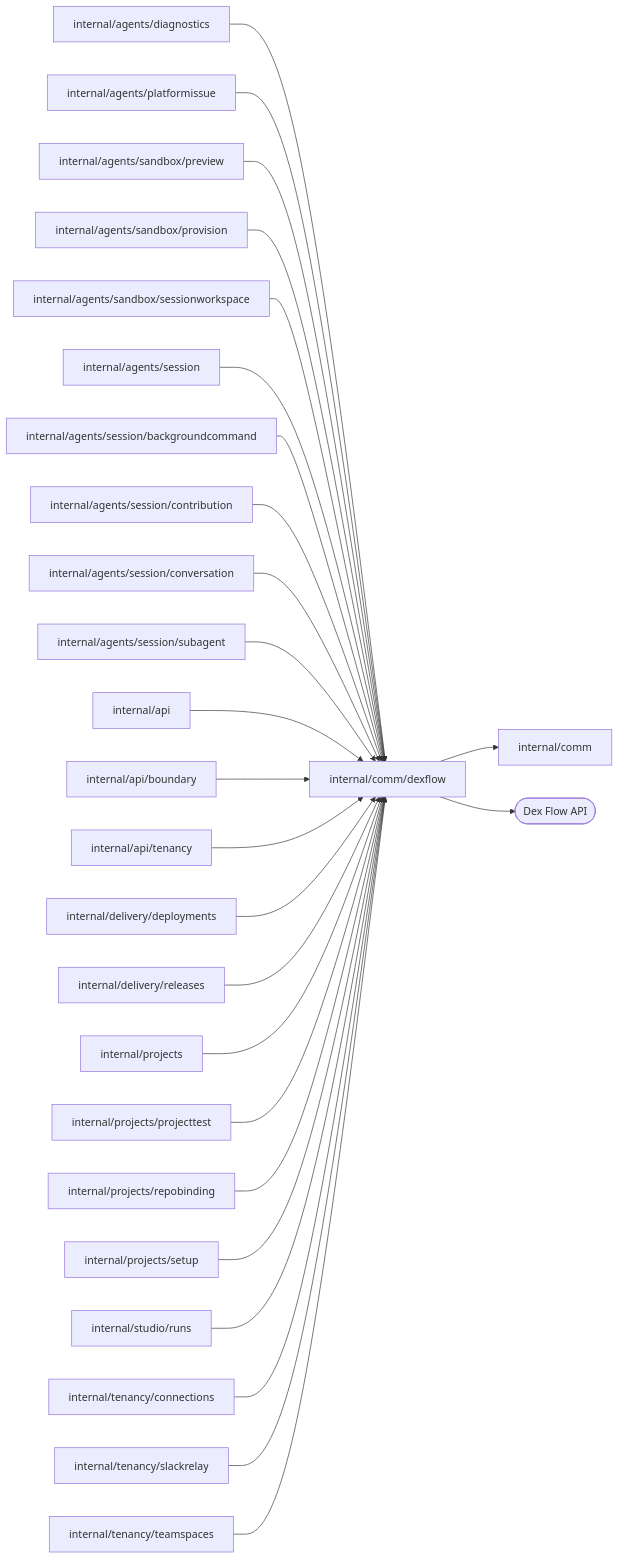
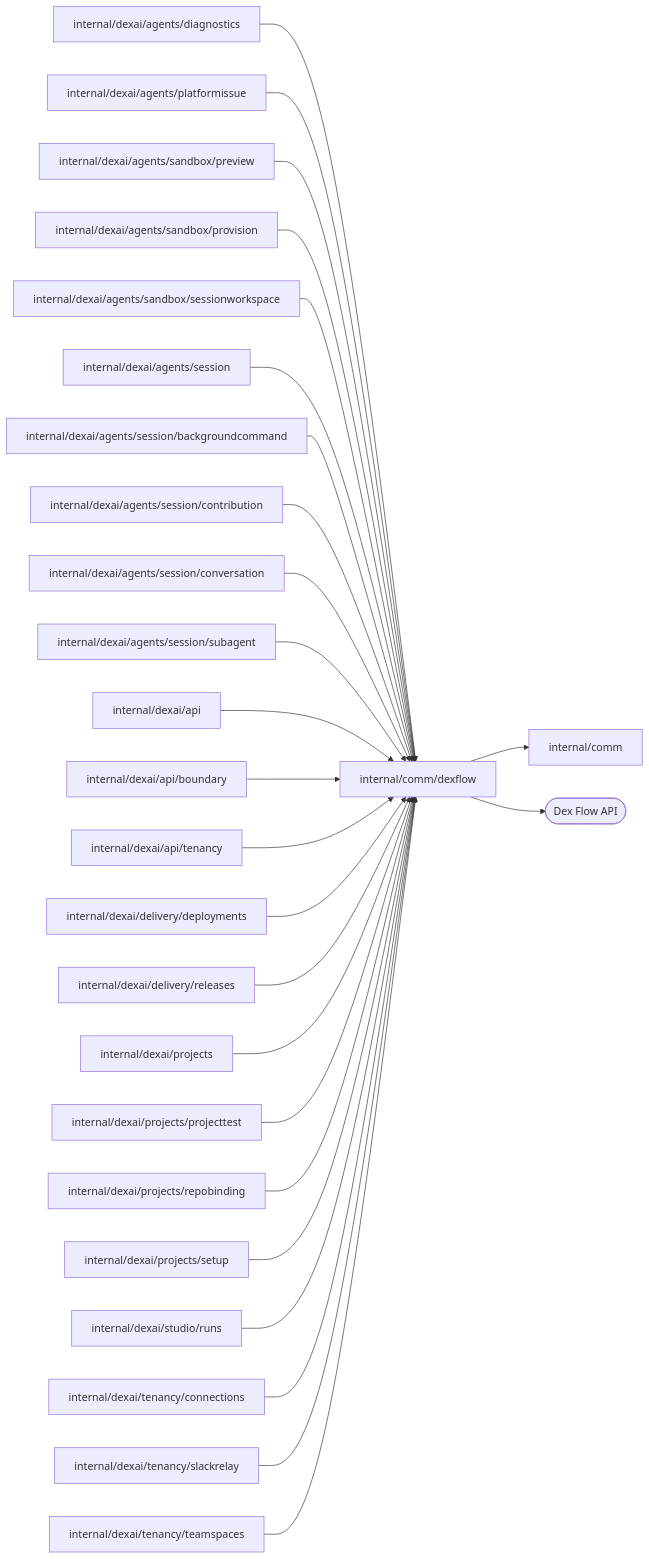
Before and after one commit to superdurable/superverse: the diagram in internal/comm/dexflow/README.md, drawn with Mermaid. The commit also changed other lines of this file and 1620 other files, not shown here.

First line of the commit message:
INTERNALTREE: move product code into internal/dexai and shared code into internal/comm

````diff
--- a/internal/comm/dexflow/README.md
+++ b/internal/comm/dexflow/README.md
@@ -10,29 +10,29 @@
 ```mermaid
 flowchart LR
   self["internal/comm/dexflow"]
-  c0["internal/agents/diagnostics"] --> self
-  c1["internal/agents/platformissue"] --> self
-  c2["internal/agents/sandbox/preview"] --> self
-  c3["internal/agents/sandbox/provision"] --> self
-  c4["internal/agents/sandbox/sessionworkspace"] --> self
-  c5["internal/agents/session"] --> self
-  c6["internal/agents/session/backgroundcommand"] --> self
-  c7["internal/agents/session/contribution"] --> self
-  c8["internal/agents/session/conversation"] --> self
-  c9["internal/agents/session/subagent"] --> self
-  c10["internal/api"] --> self
-  c11["internal/api/boundary"] --> self
-  c12["internal/api/tenancy"] --> self
-  c13["internal/delivery/deployments"] --> self
-  c14["internal/delivery/releases"] --> self
-  c15["internal/projects"] --> self
-  c16["internal/projects/projecttest"] --> self
-  c17["internal/projects/repobinding"] --> self
-  c18["internal/projects/setup"] --> self
-  c19["internal/studio/runs"] --> self
-  c20["internal/tenancy/connections"] --> self
-  c21["internal/tenancy/slackrelay"] --> self
-  c22["internal/tenancy/teamspaces"] --> self
+  c0["internal/dexai/agents/diagnostics"] --> self
+  c1["internal/dexai/agents/platformissue"] --> self
+  c2["internal/dexai/agents/sandbox/preview"] --> self
+  c3["internal/dexai/agents/sandbox/provision"] --> self
+  c4["internal/dexai/agents/sandbox/sessionworkspace"] --> self
+  c5["internal/dexai/agents/session"] --> self
+  c6["internal/dexai/agents/session/backgroundcommand"] --> self
+  c7["internal/dexai/agents/session/contribution"] --> self
+  c8["internal/dexai/agents/session/conversation"] --> self
+  c9["internal/dexai/agents/session/subagent"] --> self
+  c10["internal/dexai/api"] --> self
+  c11["internal/dexai/api/boundary"] --> self
+  c12["internal/dexai/api/tenancy"] --> self
+  c13["internal/dexai/delivery/deployments"] --> self
+  c14["internal/dexai/delivery/releases"] --> self
+  c15["internal/dexai/projects"] --> self
+  c16["internal/dexai/projects/projecttest"] --> self
+  c17["internal/dexai/projects/repobinding"] --> self
+  c18["internal/dexai/projects/setup"] --> self
+  c19["internal/dexai/studio/runs"] --> self
+  c20["internal/dexai/tenancy/connections"] --> self
+  c21["internal/dexai/tenancy/slackrelay"] --> self
+  c22["internal/dexai/tenancy/teamspaces"] --> self
   self --> d0["internal/comm"]
   self --> e0(["Dex Flow API"])
 ```
````
